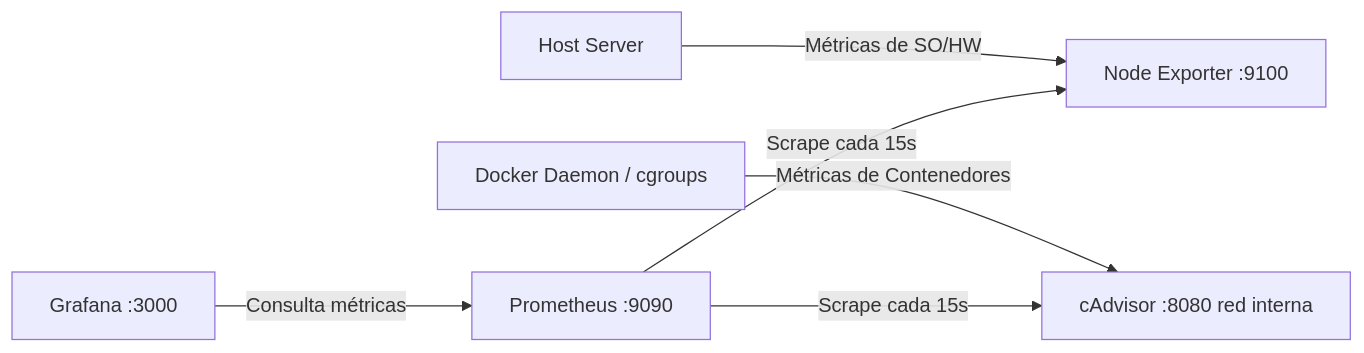
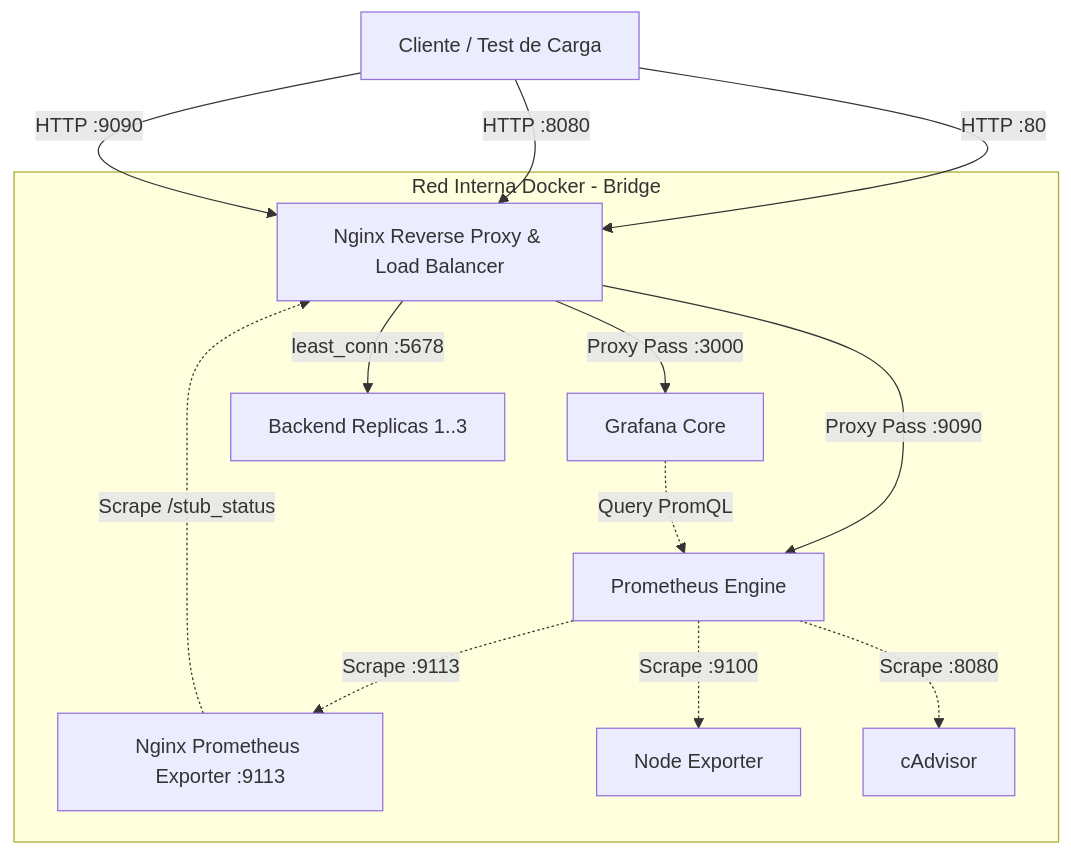
Before and after one commit to NehuenCacabelos/lab-monitoring: the diagram in README.md, drawn with Mermaid. The commit also changed other lines of this file, not shown here.

First line of the commit message:
Revise README for Edge Proxy and Load Balancing Stack

````diff
--- a/README.md
+++ b/README.md
@@ -22,8 +31,19 @@
 ```mermaid
-graph LR
-    SubGraph1[Host Server] -->|Métricas de SO/HW| NE[Node Exporter :9100]
-    SubGraph2[Docker Daemon / cgroups] -->|Métricas de Contenedores| CA[cAdvisor :8080 red interna]
-    P[Prometheus :9090] -->|Scrape cada 15s| NE
-    P -->|Scrape cada 15s| CA
-    G[Grafana :3000] -->|Consulta métricas| P
+flowchart TD
+    Client[Cliente / Test de Carga] -->|HTTP :80| Nginx[Nginx Reverse Proxy & Load Balancer]
+    Client -->|HTTP :8080| Nginx
+    Client -->|HTTP :9090| Nginx
+
+    subgraph Docker_Network [Red Interna Docker - Bridge]
+        Nginx -->|Proxy Pass :3000| Grafana[Grafana Core]
+        Nginx -->|Proxy Pass :9090| Prometheus[Prometheus Engine]
+        Nginx -->|least_conn :5678| BackendCluster[Backend Replicas 1..3]
+
+        NginxExp[Nginx Prometheus Exporter :9113] -.->|Scrape /stub_status| Nginx
+        Prometheus -.->|Scrape :9113| NginxExp
+        Prometheus -.->|Scrape :9100| NE[Node Exporter]
+        Prometheus -.->|Scrape :8080| CA[cAdvisor]
+
+        Grafana -.->|Query PromQL| Prometheus
+    end
 ```
````
